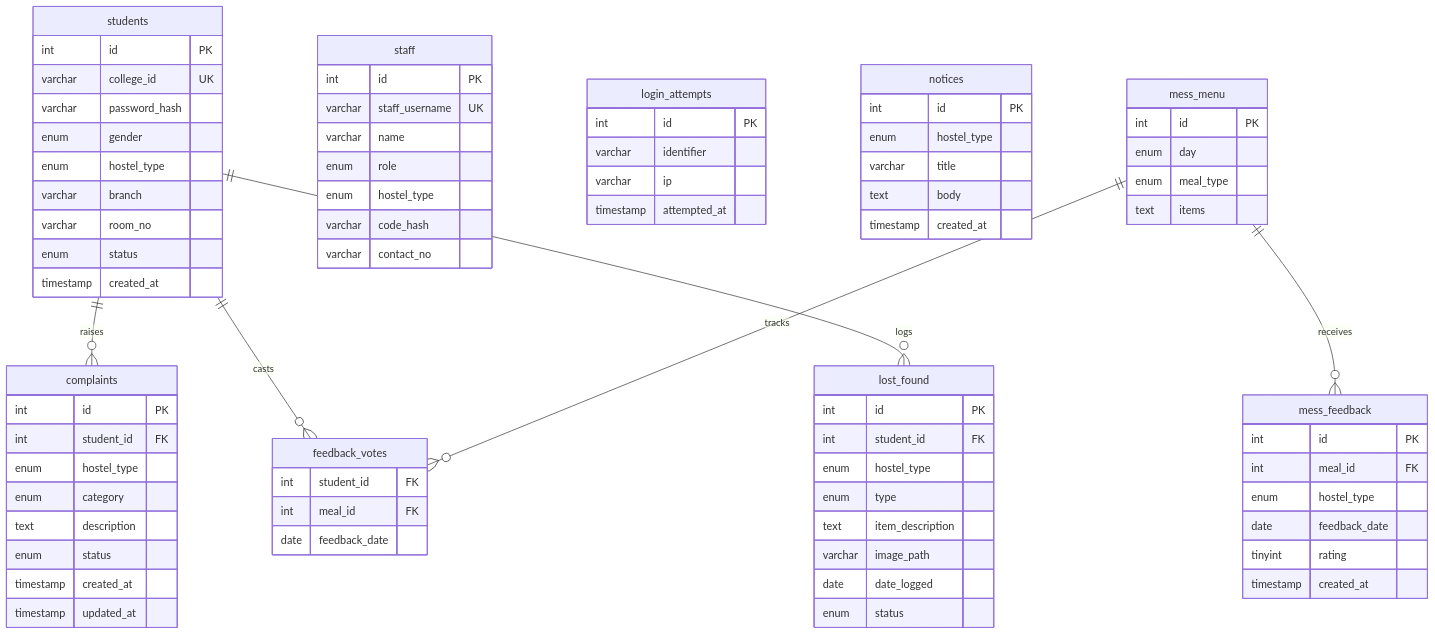
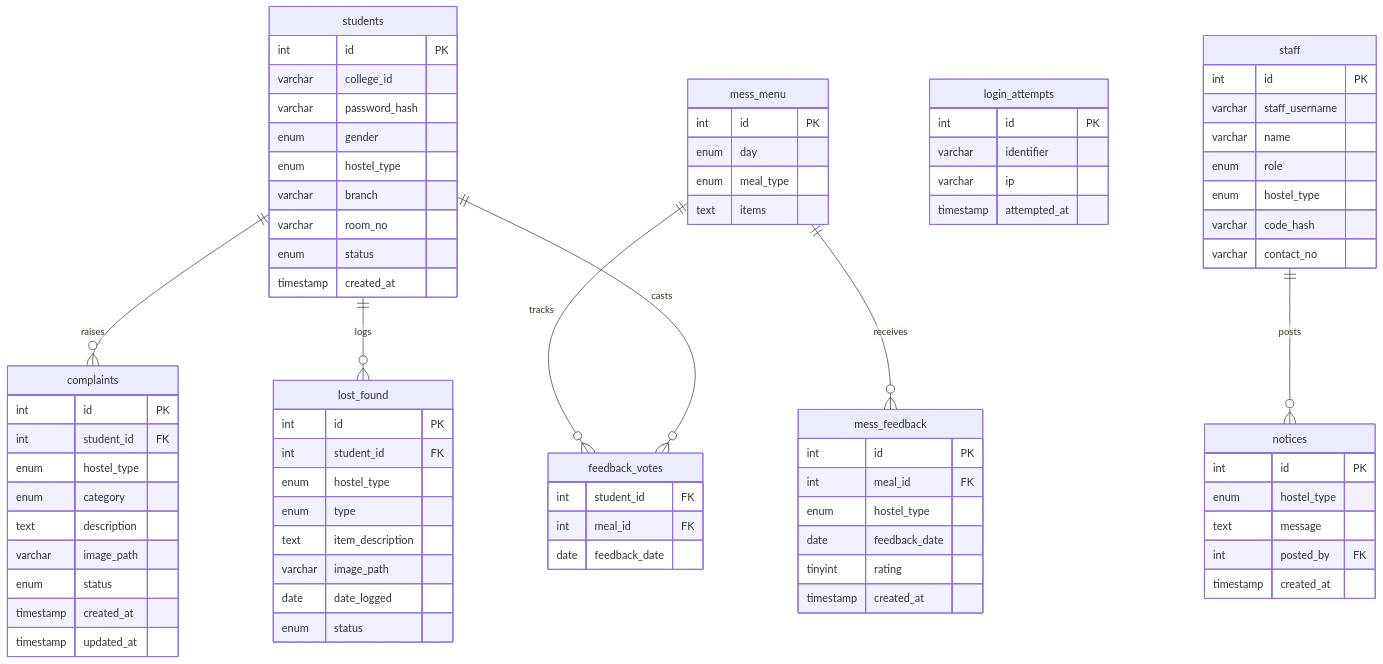
Before and after one commit to srivastavaamishka-glitch/Hostel-Management-System-IIIT-KOTA-: the third of 3 diagrams in README.md, drawn with Mermaid. The commit also changed other lines of this file, not shown here.

````diff
--- a/README.md
+++ b/README.md
@@ -123,7 +131,7 @@
 erDiagram
     students {
         int id PK
-        varchar college_id UK
+        varchar college_id
         varchar password_hash
         enum gender
         enum hostel_type
@@ -134,7 +142,7 @@
     }
     staff {
         int id PK
-        varchar staff_username UK
+        varchar staff_username
         varchar name
         enum role
         enum hostel_type
@@ -153,6 +161,7 @@
         enum hostel_type
         enum category
         text description
+        varchar image_path
         enum status
         timestamp created_at
         timestamp updated_at
@@ -160,8 +169,8 @@
     notices {
         int id PK
         enum hostel_type
-        varchar title
-        text body
+        text message
+        int posted_by FK
         timestamp created_at
     }
     mess_menu {
@@ -197,6 +206,7 @@
     students ||--o{ complaints : "raises"
     students ||--o{ feedback_votes : "casts"
     students ||--o{ lost_found : "logs"
+    staff ||--o{ notices : "posts"
     mess_menu ||--o{ mess_feedback : "receives"
     mess_menu ||--o{ feedback_votes : "tracks"
 ```
````
